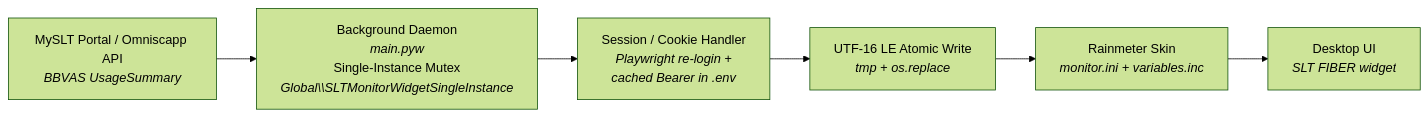
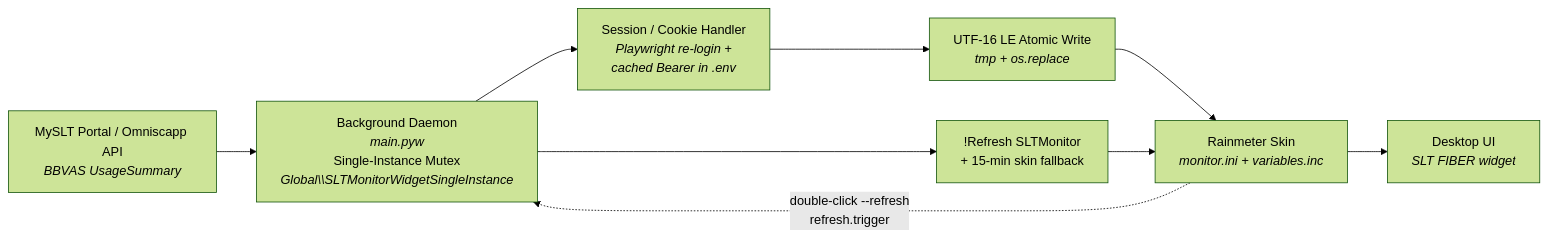
The diagram in README.md (janithush/SLT_Fiber_Monitor), drawn with Mermaid (forest theme) before and after one commit. The commit also changed other lines of this file and 1 other file, not shown here.

Commit message:
Refactor single-instance handling to auto-promote daemon on manual refresh, ensuring continuous background operation

````diff
--- a/README.md
+++ b/README.md
@@ -29,8 +50,11 @@
 ```mermaid
 flowchart LR
     A["MySLT Portal / Omniscapp API<br/><i>BBVAS UsageSummary</i>"] --> B["Background Daemon<br/><i>main.pyw</i><br/>Single-Instance Mutex<br/><i>Global\\SLTMonitorWidgetSingleInstance</i>"]
     B --> C["Session / Cookie Handler<br/><i>Playwright re-login +<br/>cached Bearer in .env</i>"]
     C --> D["UTF-16 LE Atomic Write<br/><i>tmp + os.replace</i>"]
     D --> E["Rainmeter Skin<br/><i>monitor.ini + variables.inc</i>"]
     E --> F["Desktop UI<br/><i>SLT FIBER widget</i>"]
+    E -.->|"double-click --refresh<br/>refresh.trigger"| B
+    B --> G["!Refresh SLTMonitor<br/>+ 15-min skin fallback"]
+    G --> E
 ```
````
